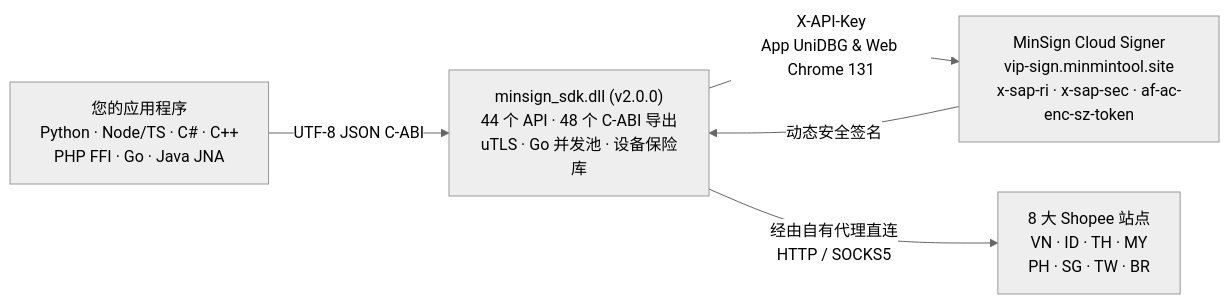
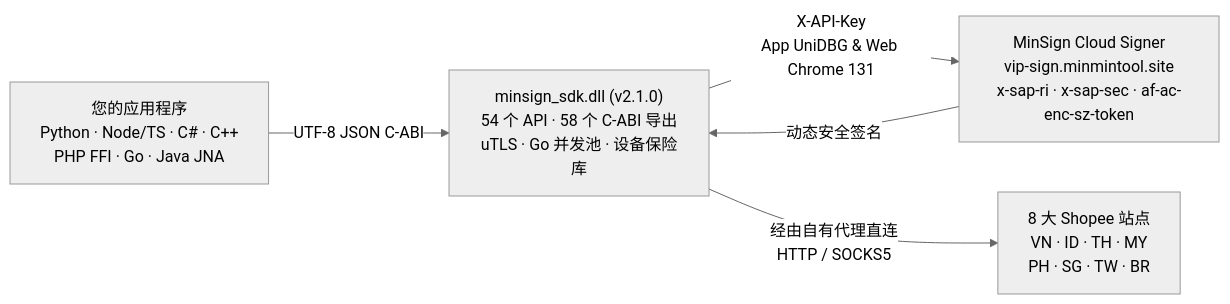
Before and after one commit to minmin2402/shopeeapi: the diagram in README.zh.md, drawn with Mermaid (neutral theme). The commit also changed other lines of this file and 20 other files, not shown here.

````diff
--- a/README.zh.md
+++ b/README.zh.md
@@ -23,7 +23,7 @@
 ```mermaid
 flowchart LR
-    A["您的应用程序<br/>Python · Node/TS · C# · C++<br/>PHP FFI · Go · Java JNA"] -->|UTF-8 JSON C-ABI| B["minsign_sdk.dll (v2.0.0)<br/>44 个 API · 48 个 C-ABI 导出<br/>uTLS · Go 并发池 · 设备保险库"]
+    A["您的应用程序<br/>Python · Node/TS · C# · C++<br/>PHP FFI · Go · Java JNA"] -->|UTF-8 JSON C-ABI| B["minsign_sdk.dll (v2.1.0)<br/>54 个 API · 58 个 C-ABI 导出<br/>uTLS · Go 并发池 · 设备保险库"]
     B -->|X-API-Key<br/>App UniDBG & Web Chrome 131| C["MinSign Cloud Signer<br/>vip-sign.minmintool.site<br/>x-sap-ri · x-sap-sec · af-ac-enc-sz-token"]
     C -->|动态安全签名| B
     B -->|经由自有代理直连<br/>HTTP / SOCKS5| D["8 大 Shopee 站点<br/>VN · ID · TH · MY<br/>PH · SG · TW · BR"]
 ```
````
